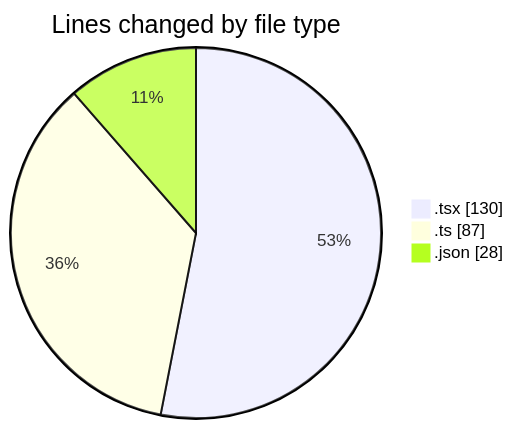
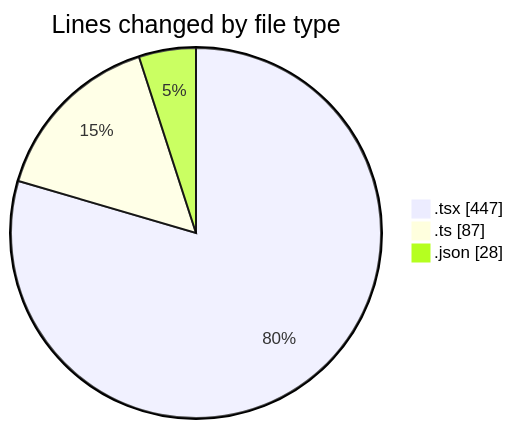
Before and after one commit to momahboobian/code-tracking: the first of 2 diagrams in 2025-04-29/cda/README.md, drawn with Mermaid. The commit also changed other lines of this file and 1 other file, not shown here.

````diff
--- a/2025-04-29/cda/README.md
+++ b/2025-04-29/cda/README.md
@@ -23,7 +25,7 @@
 ```mermaid
 pie showData
 title Lines changed by file type
-".tsx" : 130
+".tsx" : 447
 ".ts" : 87
 ".json" : 28
 ```
````
